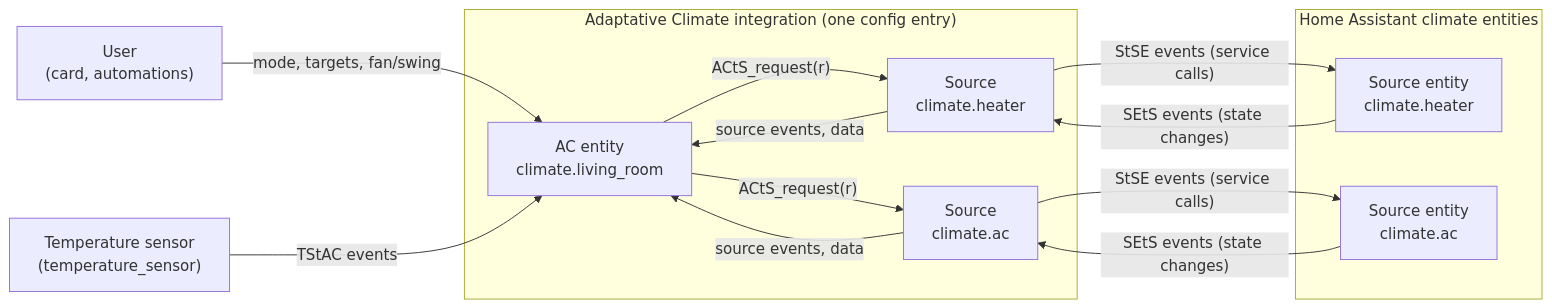
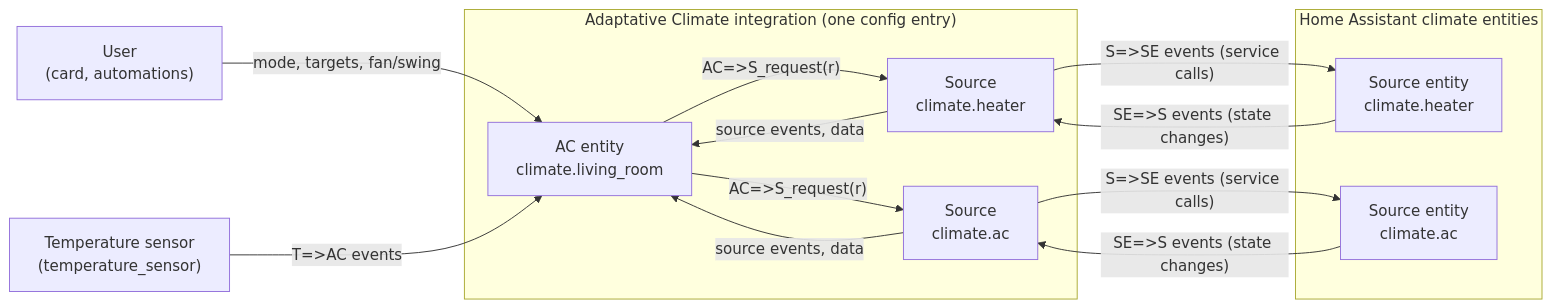
One commit to marsoupilami25/adaptative-climate changed the first of 21 diagrams in SPEC.md. Above: the diagram before and after it, drawn with Mermaid. The commit also changed other lines of this file, not shown here.

````diff
--- a/SPEC.md
+++ b/SPEC.md
@@ -120,24 +135,24 @@
 ```mermaid
 flowchart LR
     U["User<br/>(card, automations)"]
     T["Temperature sensor<br/>(temperature_sensor)"]
     subgraph INT["Adaptative Climate integration (one config entry)"]
         AC["AC entity<br/>climate.living_room"]
         S1["Source<br/>climate.heater"]
         S2["Source<br/>climate.ac"]
     end
     subgraph HA["Home Assistant climate entities"]
         E1["Source entity<br/>climate.heater"]
         E2["Source entity<br/>climate.ac"]
     end
     U -- "mode, targets, fan/swing" --> AC
-    T -- "TStAC events" --> AC
-    AC -- "ACtS_request(r)" --> S1
-    AC -- "ACtS_request(r)" --> S2
+    T -- "T=>AC events" --> AC
+    AC -- "AC=>S_request(r)" --> S1
+    AC -- "AC=>S_request(r)" --> S2
     S1 -- "source events, data" --> AC
     S2 -- "source events, data" --> AC
-    S1 -- "StSE events (service calls)" --> E1
-    S2 -- "StSE events (service calls)" --> E2
-    E1 -- "SEtS events (state changes)" --> S1
-    E2 -- "SEtS events (state changes)" --> S2
+    S1 -- "S=>SE events (service calls)" --> E1
+    S2 -- "S=>SE events (service calls)" --> E2
+    E1 -- "SE=>S events (state changes)" --> S1
+    E2 -- "SE=>S events (state changes)" --> S2
 ```
````
